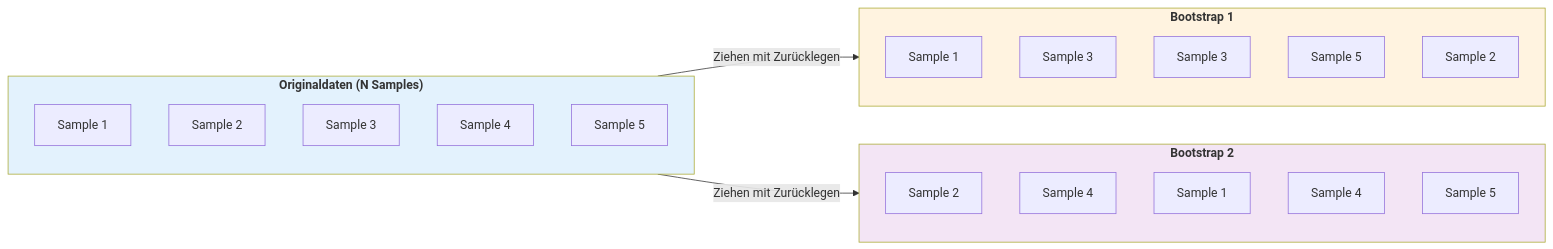
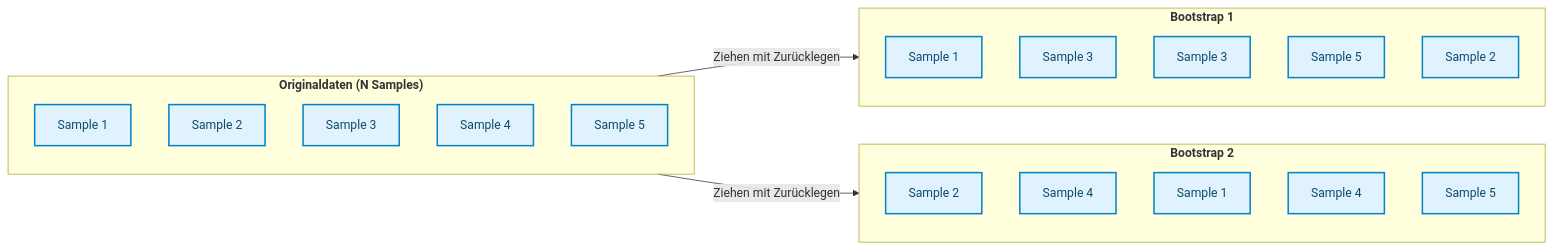
One commit to ralf-42/ML_Intro changed the second of 5 diagrams in docs/concepts/modeling/random-forest.md. Above: the diagram before and after it, drawn with Mermaid. The commit also changed other lines of this file and 67 other files, not shown here.

````diff
--- a/docs/concepts/modeling/random-forest.md
+++ b/docs/concepts/modeling/random-forest.md
@@ -92,33 +94,31 @@
 ```mermaid
 flowchart LR
     subgraph Original["<b>Originaldaten (N Samples)"]
         O1["Sample 1"]
         O2["Sample 2"]
         O3["Sample 3"]
         O4["Sample 4"]
         O5["Sample 5"]
     end
     
     subgraph Bootstrap1["<b>Bootstrap 1"]
         B1a["Sample 1"]
         B1b["Sample 3"]
         B1c["Sample 3"]
         B1d["Sample 5"]
         B1e["Sample 2"]
     end
     
     subgraph Bootstrap2["<b>Bootstrap 2"]
         B2a["Sample 2"]
         B2b["Sample 4"]
         B2c["Sample 1"]
         B2d["Sample 4"]
         B2e["Sample 5"]
     end
     
     Original -->|"Ziehen mit Zurücklegen"| Bootstrap1
     Original -->|"Ziehen mit Zurücklegen"| Bootstrap2
-    
-    style Original fill:#e3f2fd
-    style Bootstrap1 fill:#fff3e0
-    style Bootstrap2 fill:#f3e5f5
+
+    classDef default fill:#e0f2fe,stroke:#0284c7,stroke-width:2px,color:#0c4a6e;
 ```
````
